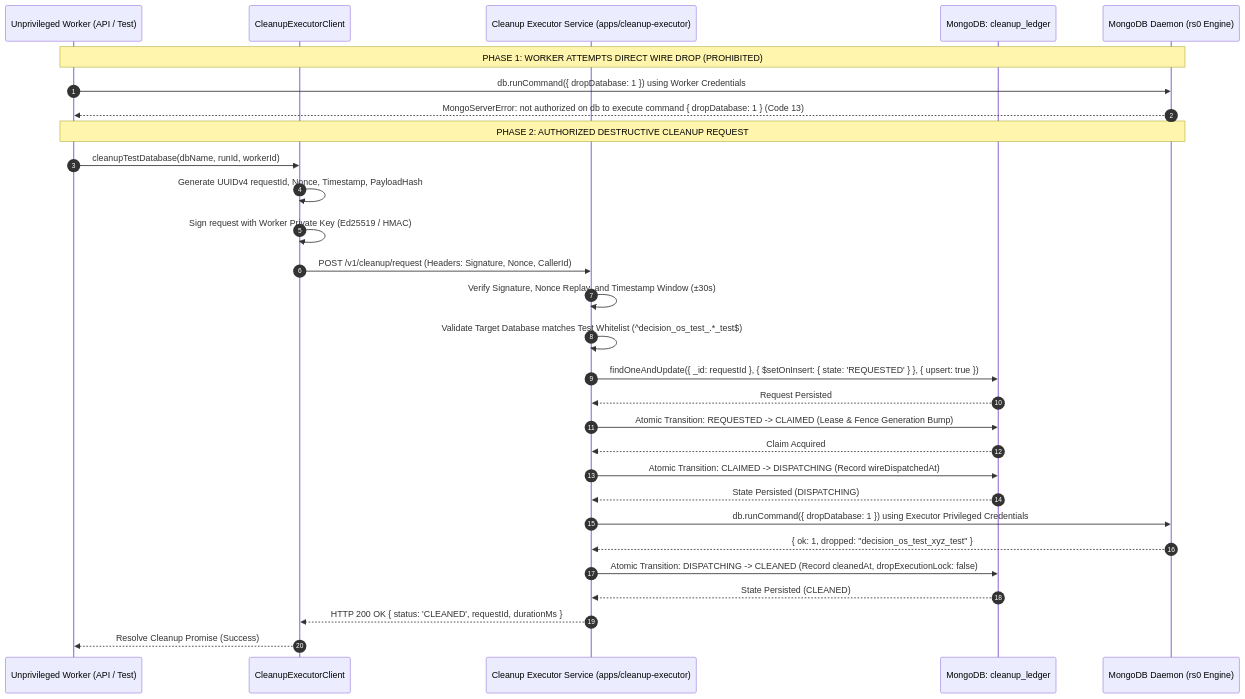
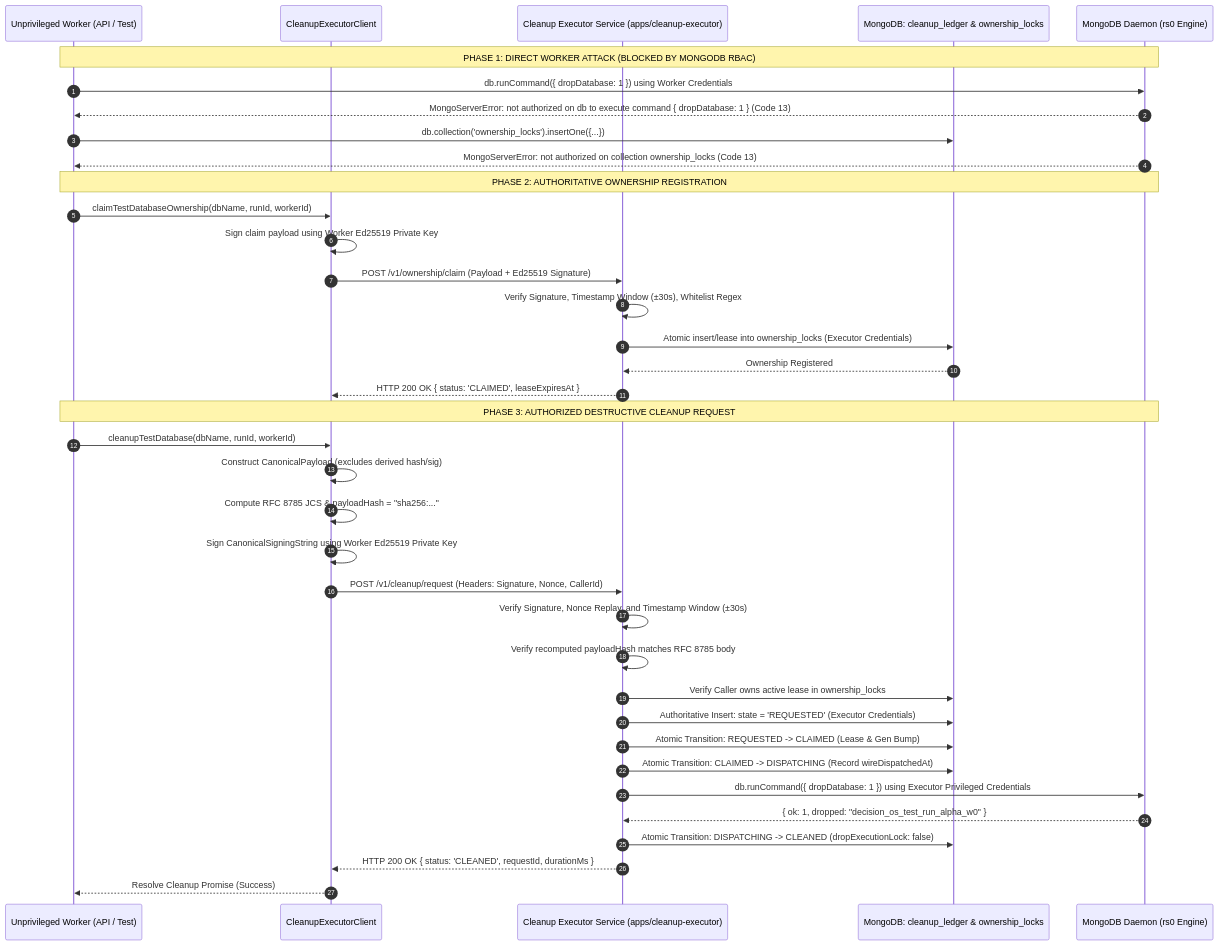
The second of 3 diagrams in BATCH_4_V38_ARCHITECTURE_DECISION.md (AmiTtiwari43/Decision-OS), drawn with Mermaid before and after one commit. The commit also changed other lines of this file, not shown here.

Commit message:
docs: harden batch 4 v3.8 cleanup executor architecture

````diff
--- a/BATCH_4_V38_ARCHITECTURE_DECISION.md
+++ b/BATCH_4_V38_ARCHITECTURE_DECISION.md
@@ -180,40 +166,46 @@
 ```mermaid
 sequenceDiagram
     autonumber
     participant Worker as Unprivileged Worker (API / Test)
     participant Client as CleanupExecutorClient
     participant Executor as Cleanup Executor Service (apps/cleanup-executor)
-    participant Ledger as MongoDB: cleanup_ledger
+    participant Ledger as MongoDB: cleanup_ledger & ownership_locks
     participant Engine as MongoDB Daemon (rs0 Engine)
 
-    Note over Worker,Engine: PHASE 1: WORKER ATTEMPTS DIRECT WIRE DROP (PROHIBITED)
+    Note over Worker,Engine: PHASE 1: DIRECT WORKER ATTACK (BLOCKED BY MONGODB RBAC)
     Worker->>Engine: db.runCommand({ dropDatabase: 1 }) using Worker Credentials
     Engine-->>Worker: MongoServerError: not authorized on db to execute command { dropDatabase: 1 } (Code 13)
+    Worker->>Ledger: db.collection('ownership_locks').insertOne({...})
+    Engine-->>Worker: MongoServerError: not authorized on collection ownership_locks (Code 13)
 
-    Note over Worker,Engine: PHASE 2: AUTHORIZED DESTRUCTIVE CLEANUP REQUEST
+    Note over Worker,Engine: PHASE 2: AUTHORITATIVE OWNERSHIP REGISTRATION
+    Worker->>Client: claimTestDatabaseOwnership(dbName, runId, workerId)
+    Client->>Client: Sign claim payload using Worker Ed25519 Private Key
+    Client->>Executor: POST /v1/ownership/claim (Payload + Ed25519 Signature)
+    Executor->>Executor: Verify Signature, Timestamp Window (±30s), Whitelist Regex
+    Executor->>Ledger: Atomic insert/lease into ownership_locks (Executor Credentials)
+    Ledger-->>Executor: Ownership Registered
+    Executor-->>Client: HTTP 200 OK { status: 'CLAIMED', leaseExpiresAt }
+
+    Note over Worker,Engine: PHASE 3: AUTHORIZED DESTRUCTIVE CLEANUP REQUEST
     Worker->>Client: cleanupTestDatabase(dbName, runId, workerId)
-    Client->>Client: Generate UUIDv4 requestId, Nonce, Timestamp, PayloadHash
-    Client->>Client: Sign request with Worker Private Key (Ed25519 / HMAC)
+    Client->>Client: Construct CanonicalPayload (excludes derived hash/sig)
+    Client->>Client: Compute RFC 8785 JCS & payloadHash = "sha256:..."
+    Client->>Client: Sign CanonicalSigningString using Worker Ed25519 Private Key
     Client->>Executor: POST /v1/cleanup/request (Headers: Signature, Nonce, CallerId)
     
     Executor->>Executor: Verify Signature, Nonce Replay, and Timestamp Window (±30s)
-    Executor->>Executor: Validate Target Database matches Test Whitelist (^decision_os_test_.*_test$)
+    Executor->>Executor: Verify recomputed payloadHash matches RFC 8785 body
+    Executor->>Ledger: Verify Caller owns active lease in ownership_locks
     
-    Executor->>Ledger: findOneAndUpdate({ _id: requestId }, { $setOnInsert: { state: 'REQUESTED' } }, { upsert: true })
-    Ledger-->>Executor: Request Persisted
-    
-    Executor->>Ledger: Atomic Transition: REQUESTED -> CLAIMED (Lease & Fence Generation Bump)
-    Ledger-->>Executor: Claim Acquired
-    
+    Executor->>Ledger: Authoritative Insert: state = 'REQUESTED' (Executor Credentials)
+    Executor->>Ledger: Atomic Transition: REQUESTED -> CLAIMED (Lease & Gen Bump)
     Executor->>Ledger: Atomic Transition: CLAIMED -> DISPATCHING (Record wireDispatchedAt)
-    Ledger-->>Executor: State Persisted (DISPATCHING)
     
     Executor->>Engine: db.runCommand({ dropDatabase: 1 }) using Executor Privileged Credentials
-    Engine-->>Executor: { ok: 1, dropped: "decision_os_test_xyz_test" }
+    Engine-->>Executor: { ok: 1, dropped: "decision_os_test_run_alpha_w0" }
     
-    Executor->>Ledger: Atomic Transition: DISPATCHING -> CLEANED (Record cleanedAt, dropExecutionLock: false)
-    Ledger-->>Executor: State Persisted (CLEANED)
-    
+    Executor->>Ledger: Atomic Transition: DISPATCHING -> CLEANED (dropExecutionLock: false)
     Executor-->>Client: HTTP 200 OK { status: 'CLEANED', requestId, durationMs }
     Client-->>Worker: Resolve Cleanup Promise (Success)
 ```
````
